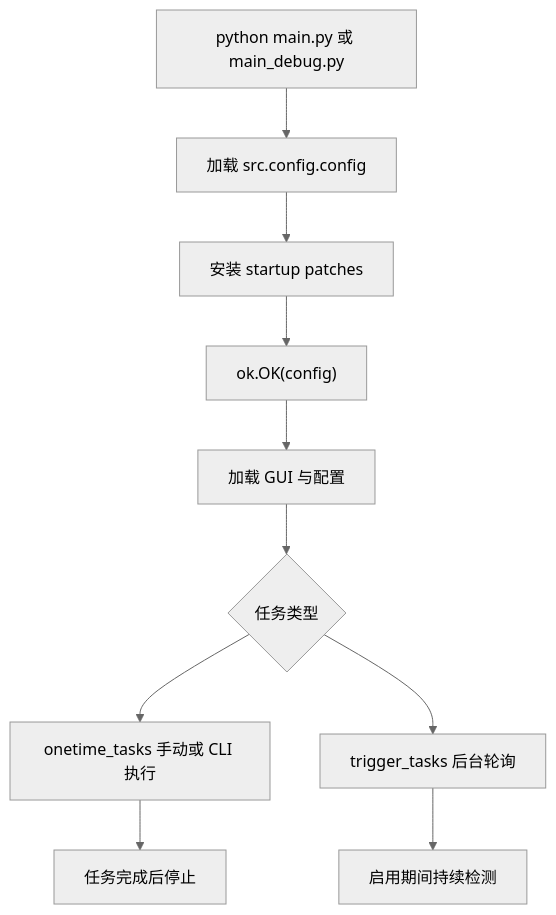
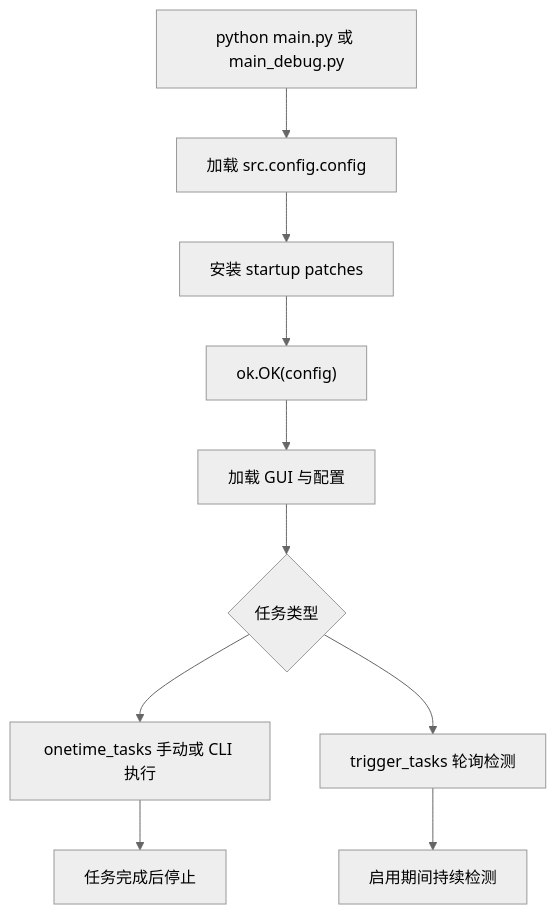
The diagram in docs/zh-CN/README.md (AliceJump/ok-end-field), drawn with Mermaid (neutral theme) before and after one commit. The commit also changed 38 other files, not shown here.

````diff
--- a/docs/zh-CN/README.md
+++ b/docs/zh-CN/README.md
@@ -52,12 +52,12 @@
 ```mermaid
 flowchart TD
     A[python main.py 或 main_debug.py] --> B[加载 src.config.config]
     B --> C[安装 startup patches]
     C --> D["ok.OK(config)"]
     D --> E[加载 GUI 与配置]
     E --> F{任务类型}
     F --> G[onetime_tasks 手动或 CLI 执行]
-    F --> H[trigger_tasks 后台轮询]
+    F --> H[trigger_tasks 轮询检测]
     G --> I[任务完成后停止]
     H --> J[启用期间持续检测]
 ```
````
